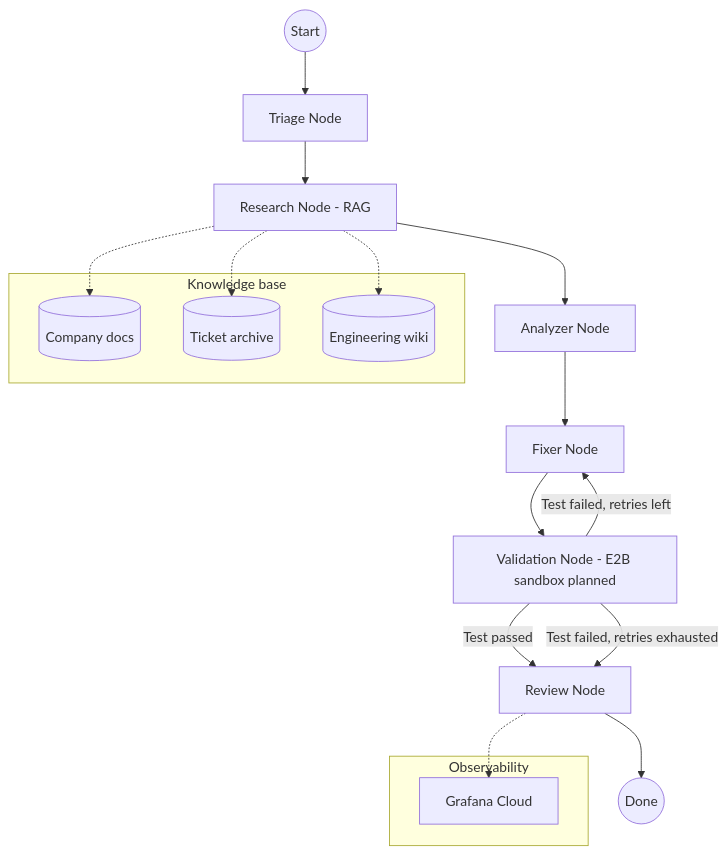
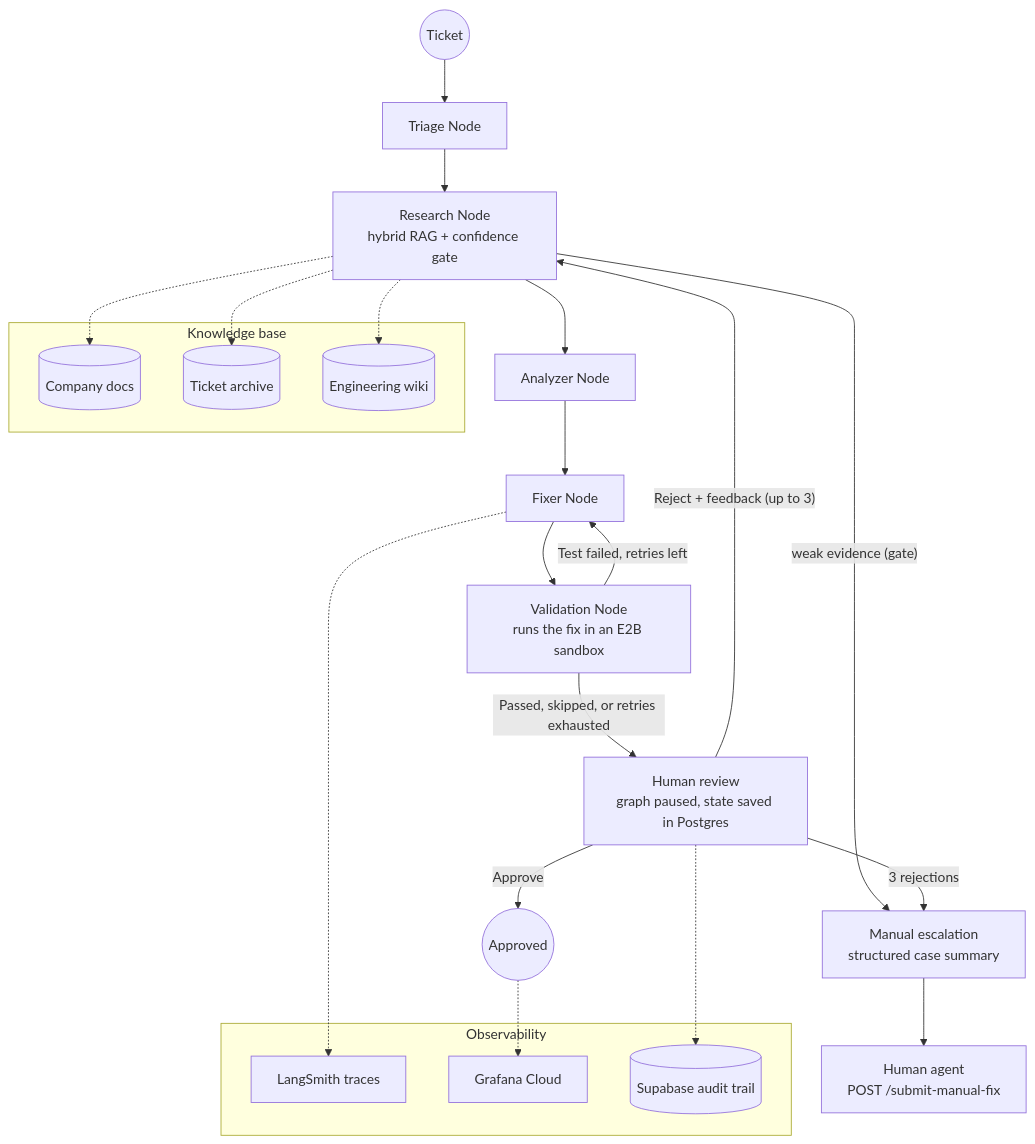
One commit to MuhammadAbbas01/Self_Healing_Customer_support_agent changed the first of 3 diagrams in README.md. Above: the diagram before and after it, drawn with Mermaid. The commit also changed other lines of this file and 20 other files, not shown here.

First line of the commit message:
v2: real E2B sandbox, human-in-the-loop review, production RAG, audit trail

````diff
--- a/README.md
+++ b/README.md
@@ -27,28 +31,35 @@
 ```mermaid
 graph TD
-    START((Start)) --> TRIAGE[Triage Node]
-    TRIAGE --> RESEARCH[Research Node - RAG]
+    START((Ticket)) --> TRIAGE[Triage Node]
+    TRIAGE --> RESEARCH["Research Node<br/>hybrid RAG + confidence gate"]
+    RESEARCH -- "weak evidence (gate)" --> ESCALATE
     RESEARCH --> ANALYZER[Analyzer Node]
     ANALYZER --> FIXER[Fixer Node]
-    FIXER --> SANDBOX[Validation Node - E2B sandbox planned]
-    SANDBOX -- "Test passed" --> HUMAN_REVIEW[Review Node]
+    FIXER --> SANDBOX["Validation Node<br/>runs the fix in an E2B sandbox"]
     SANDBOX -- "Test failed, retries left" --> FIXER
-    SANDBOX -- "Test failed, retries exhausted" --> HUMAN_REVIEW
-    HUMAN_REVIEW --> FINISH((Done))
+    SANDBOX -- "Passed, skipped, or retries exhausted" --> WAIT["Human review<br/>graph paused, state saved in Postgres"]
+    WAIT -- "Approve" --> DONE((Approved))
+    WAIT -- "Reject + feedback (up to 3)" --> RESEARCH
+    WAIT -- "3 rejections" --> ESCALATE["Manual escalation<br/>structured case summary"]
+    ESCALATE --> HUMAN["Human agent<br/>POST /submit-manual-fix"]
 
     subgraph "Knowledge base"
         DOCS[(Company docs)]
         TICKETS[(Ticket archive)]
         WIKI[(Engineering wiki)]
     end
 
     RESEARCH -.-> DOCS
     RESEARCH -.-> TICKETS
     RESEARCH -.-> WIKI
 
     subgraph "Observability"
+        LANGSMITH[LangSmith traces]
         GRAFANA[Grafana Cloud]
+        SUPA[(Supabase audit trail)]
     end
 
-    HUMAN_REVIEW -.-> GRAFANA
+    DONE -.-> GRAFANA
+    FIXER -.-> LANGSMITH
+    WAIT -.-> SUPA
 ```
````
